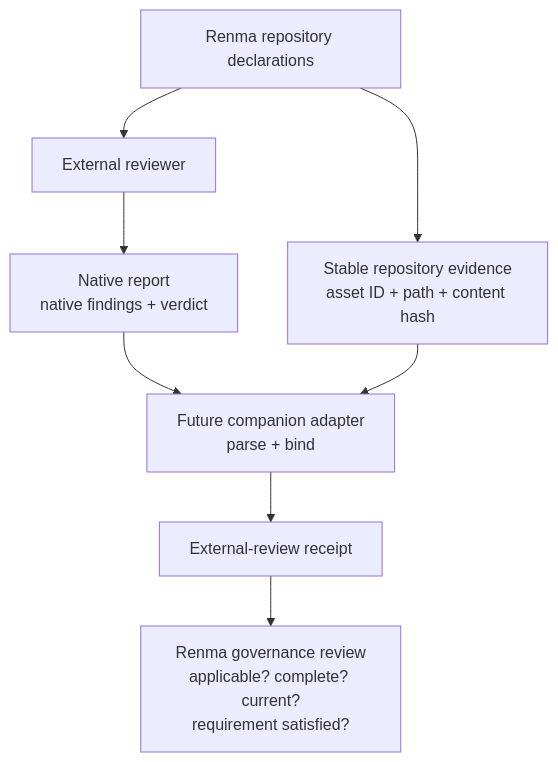
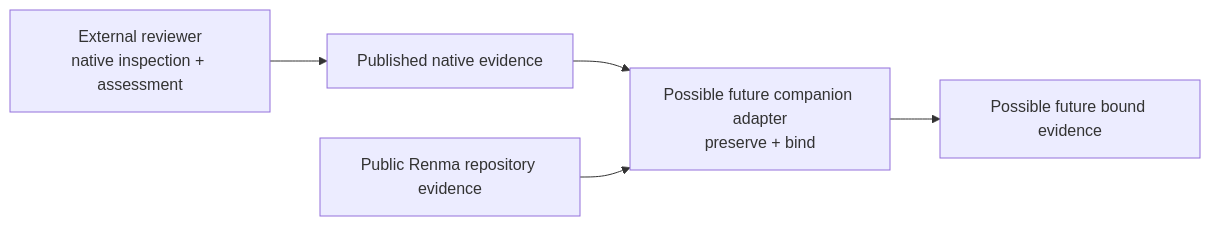
Before and after one commit to KazuCocoa/renma: the diagram in docs/external-review-governance.md, drawn with Mermaid. The commit also changed other lines of this file and 1 other file, not shown here.

Commit message:
docs: close external-review research cycle (#168)

````diff
--- a/docs/external-review-governance.md
+++ b/docs/external-review-governance.md
@@ -52,22 +137,14 @@
 ```mermaid
-flowchart TD
-  Declarations["Renma repository declarations"]
-  Evidence["`Stable repository evidence
-asset ID + path + content hash`"]
-  Reviewer["External reviewer"]
-  Native["`Native report
-native findings + verdict`"]
-  Adapter["`Future companion adapter
-parse + bind`"]
-  Receipt["External-review receipt"]
-  Governance["`Renma governance review
-applicable? complete? current?
-requirement satisfied?`"]
-  Declarations --> Evidence
-  Declarations --> Reviewer
+flowchart LR
+  Reviewer["`External reviewer
+native inspection + assessment`"]
+  Native["Published native evidence"]
+  Repository["Public Renma repository evidence"]
+  Adapter["`Possible future companion adapter
+preserve + bind`"]
+  Bound["Possible future bound evidence"]
   Reviewer --> Native
   Native --> Adapter
-  Evidence --> Adapter
-  Adapter --> Receipt
-  Receipt --> Governance
+  Repository --> Adapter
+  Adapter --> Bound
 ```
````
